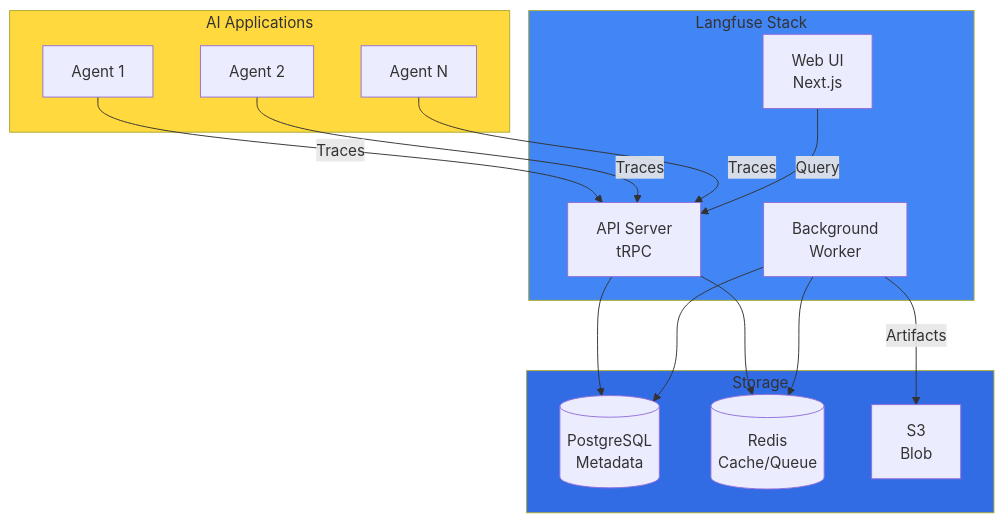
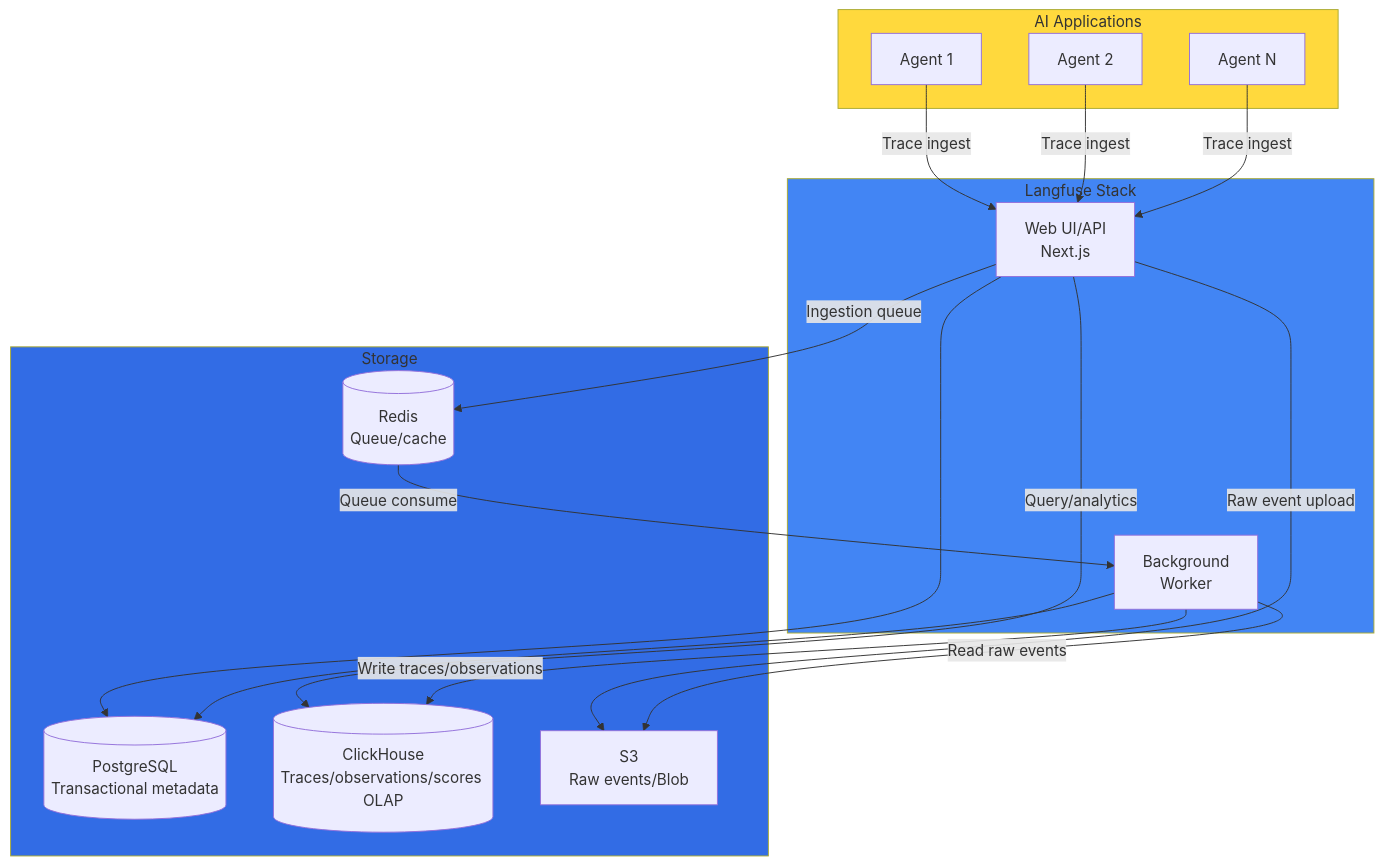
Before and after one commit to devfloor9/engineering-playbook: the first of 4 diagrams in docs/agentic-ai-platform/operations-mlops/observability/agent-monitoring.md, drawn with Mermaid. The commit also changed other lines of this file and 13 other files, not shown here.

````diff
--- a/docs/agentic-ai-platform/operations-mlops/observability/agent-monitoring.md
+++ b/docs/agentic-ai-platform/operations-mlops/observability/agent-monitoring.md
@@ -63,34 +63,38 @@
 ```mermaid
 flowchart TB
     subgraph Clients["AI Applications"]
         AGENT1[Agent 1]
         AGENT2[Agent 2]
         AGENTN[Agent N]
     end
 
     subgraph Langfuse["Langfuse Stack"]
-        WEB[Web UI<br/>Next.js]
-        API[API Server<br/>tRPC]
+        WEB[Web UI/API<br/>Next.js]
         WORKER[Background<br/>Worker]
     end
 
     subgraph Storage["Storage"]
-        PG[(PostgreSQL<br/>Metadata)]
-        REDIS[(Redis<br/>Cache/Queue)]
-        S3[S3<br/>Blob]
+        PG[(PostgreSQL<br/>Transactional metadata)]
+        CH[(ClickHouse<br/>Traces/observations/scores OLAP)]
+        REDIS[(Redis<br/>Queue/cache)]
+        S3[S3<br/>Raw events/Blob]
     end
 
-    AGENT1 -->|Traces| API
-    AGENT2 -->|Traces| API
-    AGENTN -->|Traces| API
-    WEB -->|Query| API
-    API --> PG
-    API --> REDIS
+    AGENT1 -->|Trace ingest| WEB
+    AGENT2 -->|Trace ingest| WEB
+    AGENTN -->|Trace ingest| WEB
+
+    WEB -->|Raw event upload| S3
+    WEB -->|Ingestion queue| REDIS
+    WEB --> PG
+    WEB -->|Query/analytics| CH
+
+    REDIS -->|Queue consume| WORKER
+    WORKER -->|Read raw events| S3
+    WORKER -->|Write traces/observations| CH
     WORKER --> PG
-    WORKER --> REDIS
-    WORKER -->|Artifacts| S3
 
     style Clients fill:#ffd93d
     style Langfuse fill:#4285f4
     style Storage fill:#326ce5
 ```
````
